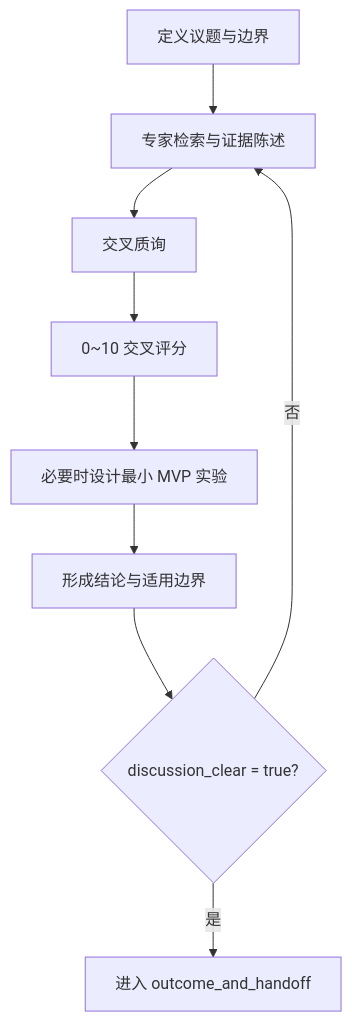
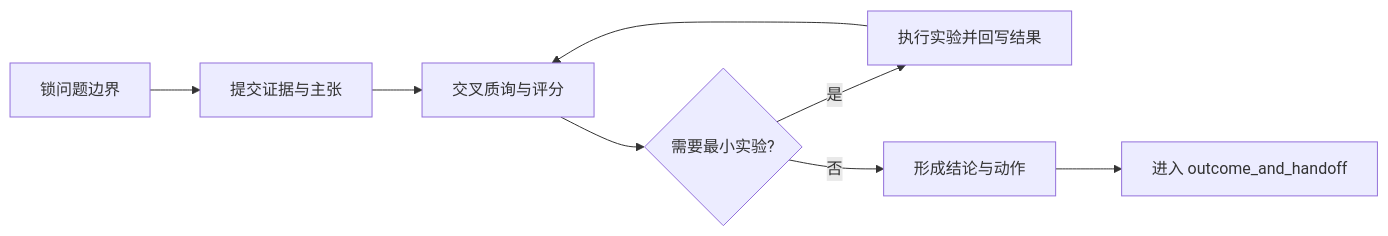
The diagram in blogs/2026-02-21-brainstorm-self-explanatory-and-expert-review-system.md (bagakit/bagakit), drawn with Mermaid before and after one commit. The commit also changed other lines of this file and 17 other files, not shown here.

````diff
--- a/blogs/2026-02-21-brainstorm-self-explanatory-and-expert-review-system.md
+++ b/blogs/2026-02-21-brainstorm-self-explanatory-and-expert-review-system.md
@@ -73,11 +32,10 @@
 ```mermaid
-flowchart TD
-    S1["定义议题与边界"] --> S2["专家检索与证据陈述"]
-    S2 --> S3["交叉质询"]
-    S3 --> S4["0~10 交叉评分"]
-    S4 --> S5["必要时设计最小 MVP 实验"]
-    S5 --> S6["形成结论与适用边界"]
-    S6 --> S7{"discussion_clear = true?"}
-    S7 -- "否" --> S2
-    S7 -- "是" --> S8["进入 outcome_and_handoff"]
+flowchart LR
+    A["锁问题边界"] --> B["提交证据与主张"]
+    B --> C["交叉质询与评分"]
+    C --> D{"需要最小实验?"}
+    D -- "是" --> E["执行实验并回写结果"]
+    E --> C
+    D -- "否" --> F["形成结论与动作"]
+    F --> G["进入 outcome_and_handoff"]
 ```
````
